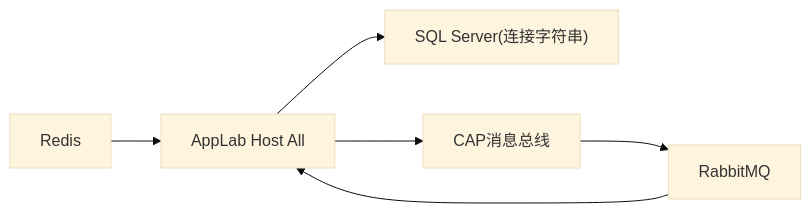
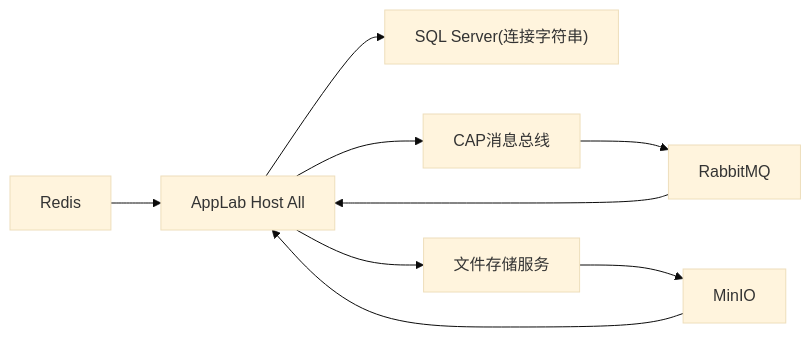
One commit to openlowcodelab/lowcode changed the seventh of 7 diagrams in .qoder/repowiki/zh/content/部署运维/Docker容器化部署.md. Above: the diagram before and after it, drawn with Mermaid (base theme). The commit also changed other lines of this file and 24 other files, not shown here.

````diff
--- a/.qoder/repowiki/zh/content/部署运维/Docker容器化部署.md
+++ b/.qoder/repowiki/zh/content/部署运维/Docker容器化部署.md
@@ -190,8 +272,11 @@
 ```mermaid
 graph LR
 Redis["Redis"] --> App["AppLab Host All"]
 MQ["RabbitMQ"] --> App
+MinIO["MinIO"] --> App
 App --> DB["SQL Server(连接字符串)"]
 App --> CAP["CAP消息总线"]
+App --> File["文件存储服务"]
 CAP --> MQ
+File --> MinIO
 ```
````
